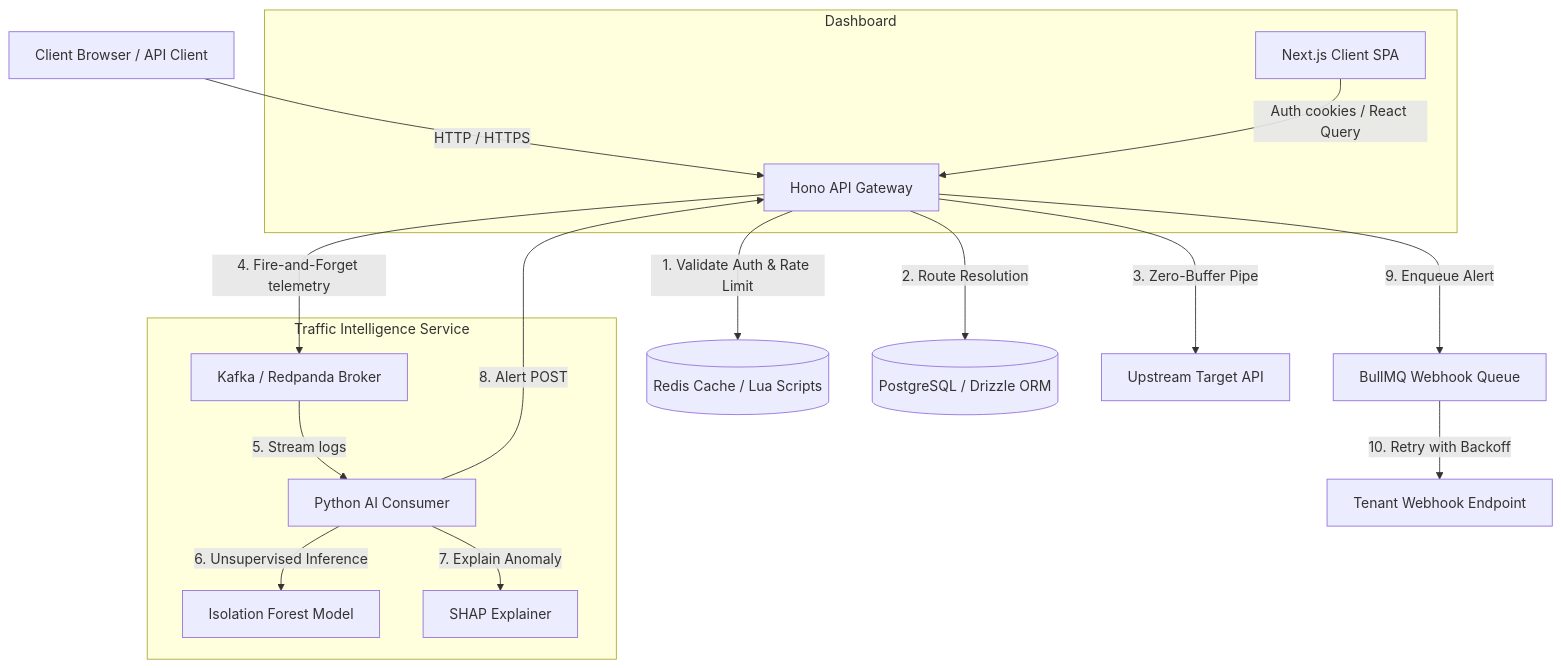
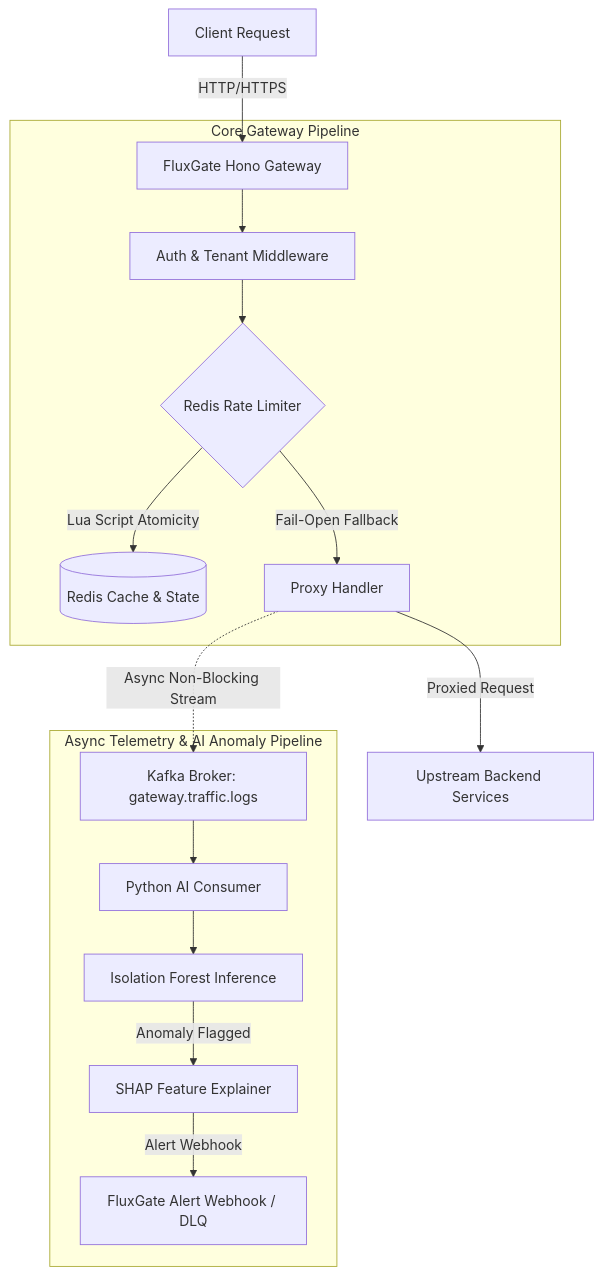
One commit to StrawHat-Luffyyy/fluxgate changed the diagram in README.md. Above: the diagram before and after it, drawn with Mermaid. The commit also changed other lines of this file and 9 other files, not shown here.

Commit message:
feat: add load testing suite, rate limiter boundary/concurrency/isolation unit tests, resilience failure modes, and technical README

````diff
--- a/README.md
+++ b/README.md
@@ -27,22 +9,21 @@
 ```mermaid
-graph TD
-    Client[Client Browser / API Client] -->|HTTP / HTTPS| Gateway[Hono API Gateway]
-    Gateway -->|1. Validate Auth & Rate Limit| Redis[(Redis Cache / Lua Scripts)]
-    Gateway -->|2. Route Resolution| Pg[(PostgreSQL / Drizzle ORM)]
-    Gateway -->|3. Zero-Buffer Pipe| Upstream[Upstream Target API]
-    Gateway -->|4. Fire-and-Forget telemetry| Kafka[Kafka / Redpanda Broker]
+flowchart TD
+    Client[Client Request] -->|HTTP/HTTPS| Gateway[FluxGate Hono Gateway]
     
-    subgraph Traffic Intelligence Service
-        Kafka -->|5. Stream logs| PythonAI[Python AI Consumer]
-        PythonAI -->|6. Unsupervised Inference| IsoForest[Isolation Forest Model]
-        PythonAI -->|7. Explain Anomaly| SHAP[SHAP Explainer]
+    subgraph Core Gateway Pipeline
+        Gateway --> Auth[Auth & Tenant Middleware]
+        Auth --> RateLimiter{Redis Rate Limiter}
+        RateLimiter -->|Lua Script Atomicity| Redis[(Redis Cache & State)]
+        RateLimiter -->|Fail-Open Fallback| Proxy[Proxy Handler]
     end
+
+    Proxy -->|Proxied Request| Upstream[Upstream Backend Services]
     
-    PythonAI -->|8. Alert POST| Gateway
-    Gateway -->|9. Enqueue Alert| BullMQ[BullMQ Webhook Queue]
-    BullMQ -->|10. Retry with Backoff| Webhook[Tenant Webhook Endpoint]
-    
-    subgraph Dashboard
-        DashboardClient[Next.js Client SPA] -->|Auth cookies / React Query| Gateway
+    subgraph Async Telemetry & AI Anomaly Pipeline
+        Proxy -.->|Async Non-Blocking Stream| Kafka[Kafka Broker: gateway.traffic.logs]
+        Kafka --> PythonConsumer[Python AI Consumer]
+        PythonConsumer --> IsoForest[Isolation Forest Inference]
+        IsoForest -->|Anomaly Flagged| SHAP[SHAP Feature Explainer]
+        SHAP -->|Alert Webhook| InternalAlerts[FluxGate Alert Webhook / DLQ]
     end
 ```
````
